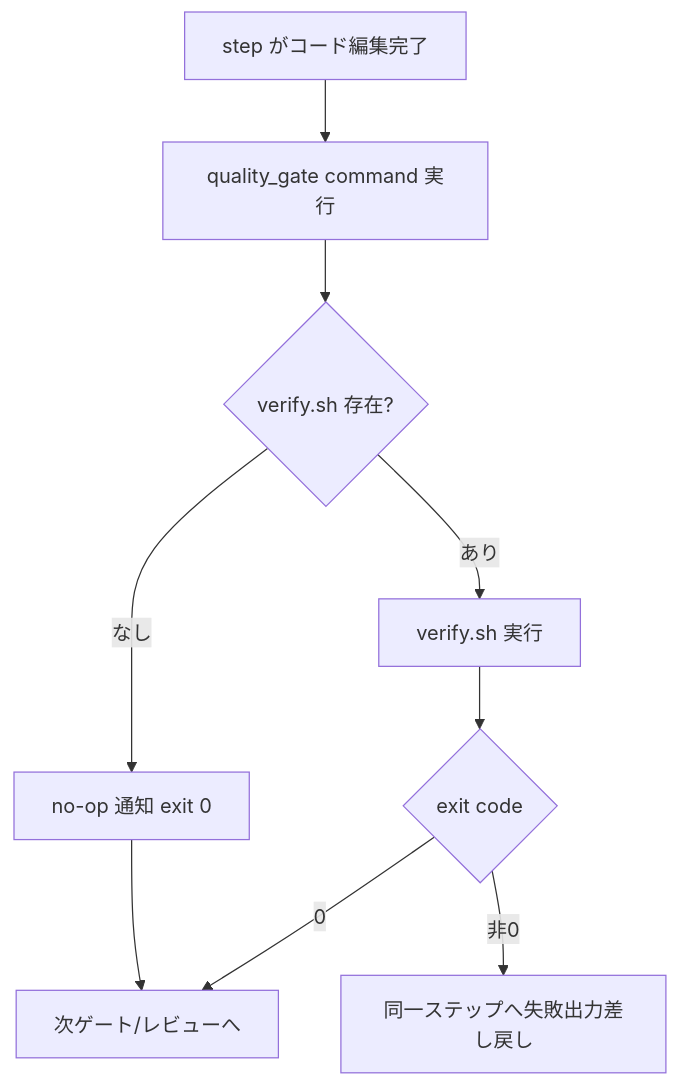
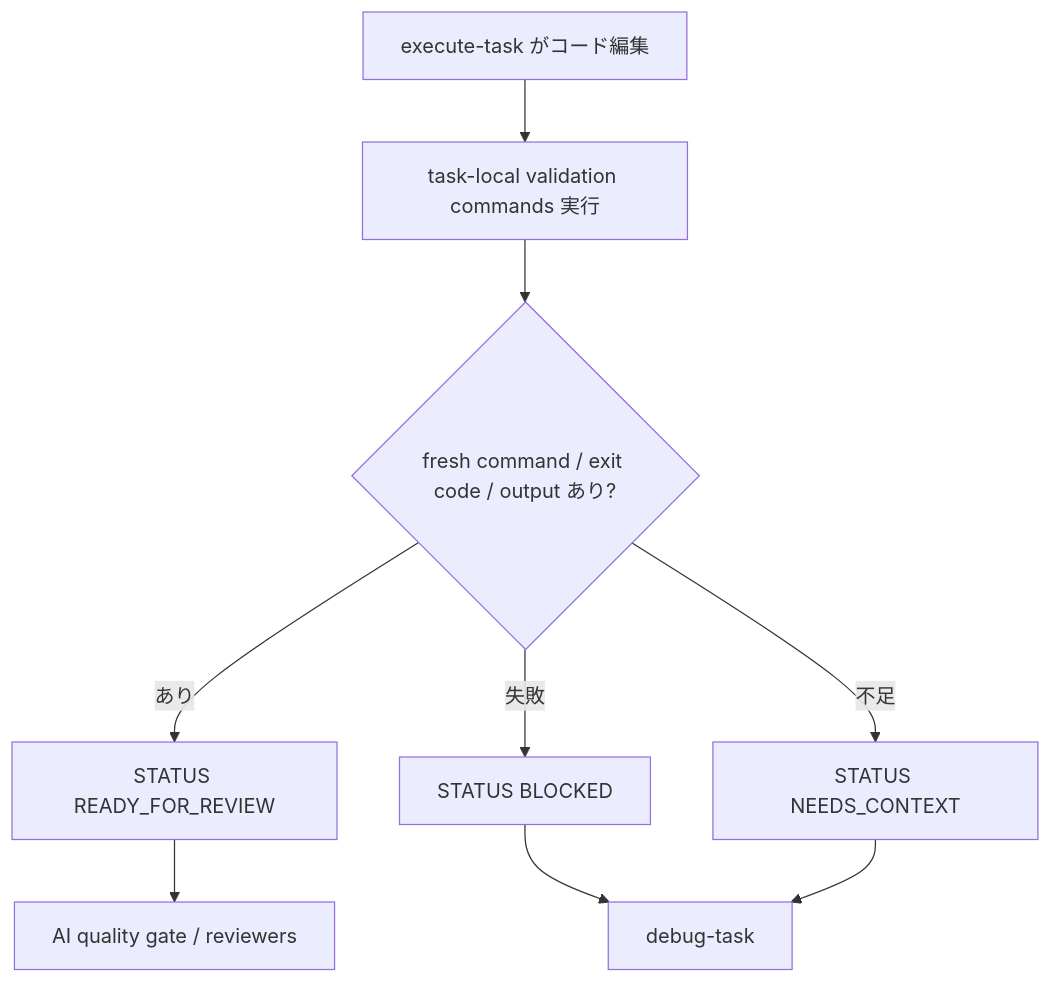
Before and after one commit to j5ik2o/takt-sdd: the second of 2 diagrams in .kiro/specs/kiro-impl-verification-hardening/design.md, drawn with Mermaid. The commit also changed other lines of this file and 18 other files, not shown here.

Commit message:
fix(kiro-impl-verification-hardening): remove unconditional command gates, reframe verification as READY_FOR_REVIEW-only evidence

````diff
--- a/.kiro/specs/kiro-impl-verification-hardening/design.md
+++ b/.kiro/specs/kiro-impl-verification-hardening/design.md
@@ -117,11 +115,11 @@
 ```mermaid
 flowchart TB
-    Edit[step がコード編集完了] --> Run[quality_gate command 実行]
-    Run --> Check{verify.sh 存在?}
-    Check -->|なし| Noop[no-op 通知 exit 0]
-    Check -->|あり| Exec[verify.sh 実行]
-    Exec --> Code{exit code}
-    Code -->|0| Next[次ゲート/レビューへ]
-    Code -->|非0| Back[同一ステップへ失敗出力差し戻し]
-    Noop --> Next
+    Edit[execute-task がコード編集] --> Validate[task-local validation commands 実行]
+    Validate --> Code{fresh command / exit code / output あり?}
+    Code -->|あり| Ready[STATUS READY_FOR_REVIEW]
+    Code -->|失敗| Blocked[STATUS BLOCKED]
+    Code -->|不足| Needs[STATUS NEEDS_CONTEXT]
+    Ready --> Review[AI quality gate / reviewers]
+    Blocked --> Debug[debug-task]
+    Needs --> Debug
 ```
````
